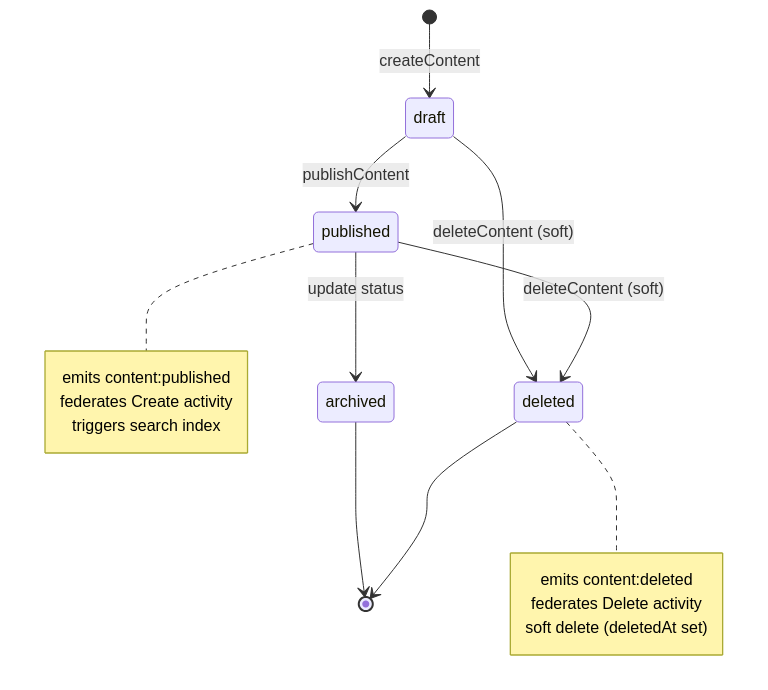
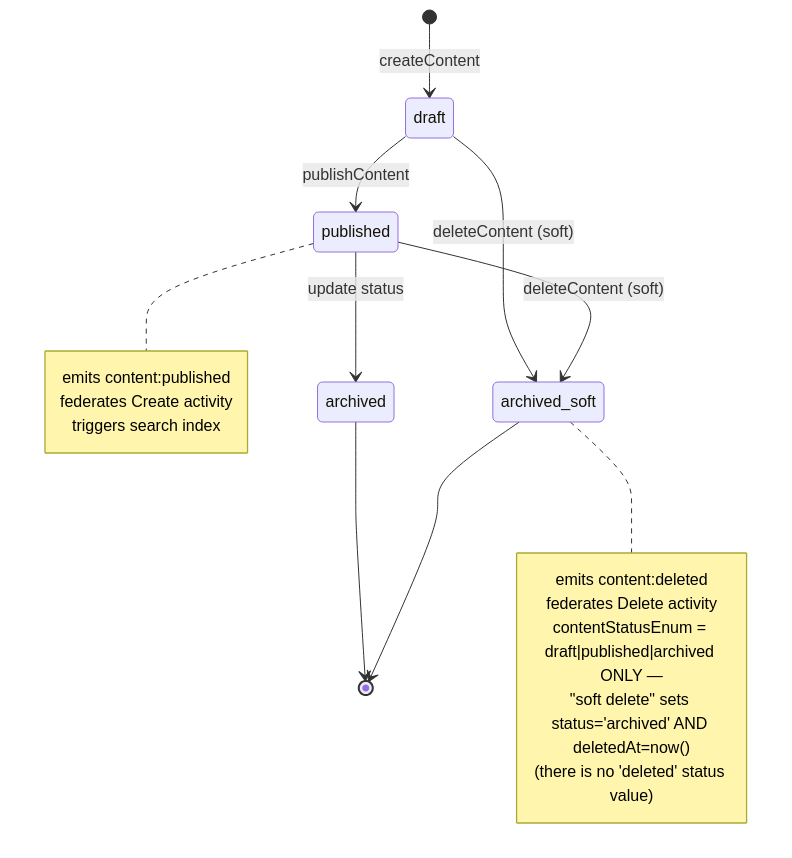
Before and after one commit to commonpub/commonpub: the second of 15 diagrams in codebase-analysis/07-state-diagrams.md, drawn with Mermaid. The commit also changed other lines of this file and 16 other files, not shown here.

````diff
--- a/codebase-analysis/07-state-diagrams.md
+++ b/codebase-analysis/07-state-diagrams.md
@@ -33,22 +39,24 @@
 ```mermaid
 stateDiagram-v2
     [*] --> draft : createContent
     draft --> published : publishContent
     published --> archived : update status
-    draft --> deleted : deleteContent (soft)
-    published --> deleted : deleteContent (soft)
+    draft --> archived_soft : deleteContent (soft)
+    published --> archived_soft : deleteContent (soft)
     archived --> [*]
-    deleted --> [*]
+    archived_soft --> [*]
 
     note right of published
       emits content:published
       federates Create activity
       triggers search index
     end note
 
-    note right of deleted
+    note right of archived_soft
       emits content:deleted
       federates Delete activity
-      soft delete (deletedAt set)
+      contentStatusEnum = draft|published|archived ONLY —
+      "soft delete" sets status='archived' AND deletedAt=now()
+      (there is no 'deleted' status value)
     end note
 ```
````
